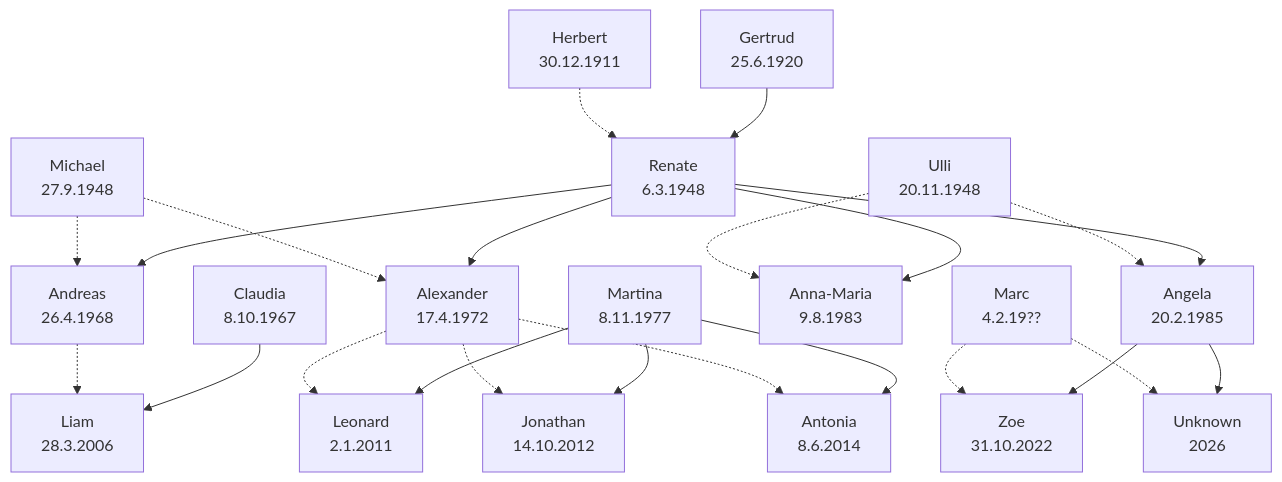
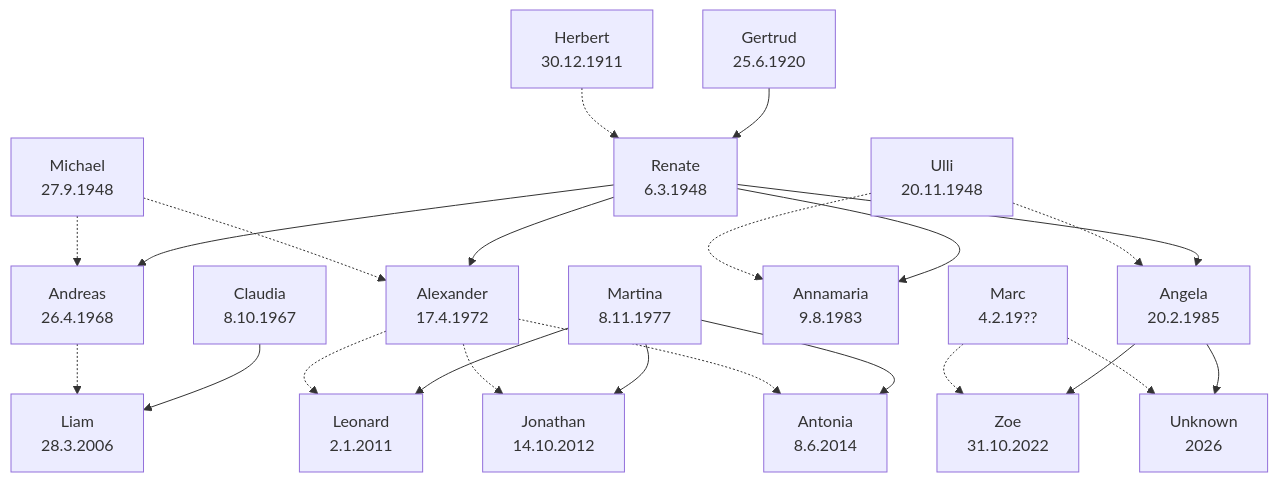
The first of 2 diagrams in ahnen.md (adorn4711/hello-world), drawn with Mermaid before and after one commit.

````diff
--- a/ahnen.md
+++ b/ahnen.md
@@ -5,59 +5,59 @@
 ```mermaid
 graph TD
 
     Andreas[Andreas <br>26.4.1968]
     Alexander[Alexander <br>17.4.1972]
     Claudia[Claudia <br>8.10.1967]
     Renate[Renate <br>6.3.1948]
     Ulli[Ulli <br>20.11.1948]
     Michael[Michael<br>27.9.1948]
     Herbert[Herbert<br>30.12.1911]
     Gertrud[Gertrud<br>25.6.1920]
     Liam[Liam<br>28.3.2006]
     Antonia[Antonia<br>8.6.2014]
     Leonard[Leonard<br>2.1.2011]
     Jonathan[Jonathan<br>14.10.2012]
     Zoe[Zoe<br>31.10.2022]
     Unknown[Unknown<br>2026]
     Angela[Angela<br>20.2.1985]
-    Anna-Maria[Anna-Maria<br>9.8.1983]
+    Annamaria[Annamaria<br>9.8.1983]
     Martina[Martina<br>8.11.1977]
     Marc[Marc<br>4.2.19??]
 
     
 
     %% Generation 1 (Parents of Renate)
     Herbert -.-> Renate
     Gertrud --> Renate
 
     %% Generation 2 (Parents of Andreas, Alexander, Anna-Maria, Angela)
     Michael -.-> Andreas
     Renate --> Andreas
     Michael -.-> Alexander
     Renate --> Alexander
-    Ulli -.-> Anna-Maria
-    Renate --> Anna-Maria
+    Ulli -.-> Annamaria
+    Renate --> Annamaria
     Ulli -.-> Angela
     Renate --> Angela
 
     %% Generation 3 (Parents of Liam, Leonard, Jonathan, Antonia, Zoe, Unknown)
     Andreas -.-> Liam
     Claudia --> Liam
     Alexander -.-> Leonard
     Martina --> Leonard
     Alexander -.-> Jonathan
     Martina --> Jonathan
     Alexander -.-> Antonia
     Martina --> Antonia
     Marc -.-> Zoe
     Angela --> Zoe
     Marc -.-> Unknown
     Angela --> Unknown
 
     %% Optional: Styling for clarity (not %%strictly necessary but can improve %%readability)
     %%classDef fatherLink stroke-dasharray: 5 5;
     %%classDef motherLink stroke-dasharray: 0;
 
     %%linkStyle 0,2,4,6,8,10,12,14,16,18,20 %%class fatherLink;
     %%linkStyle 1,3,5,7,9,11,13,15,17,19,21 %%class motherLink;
 ```    
````
